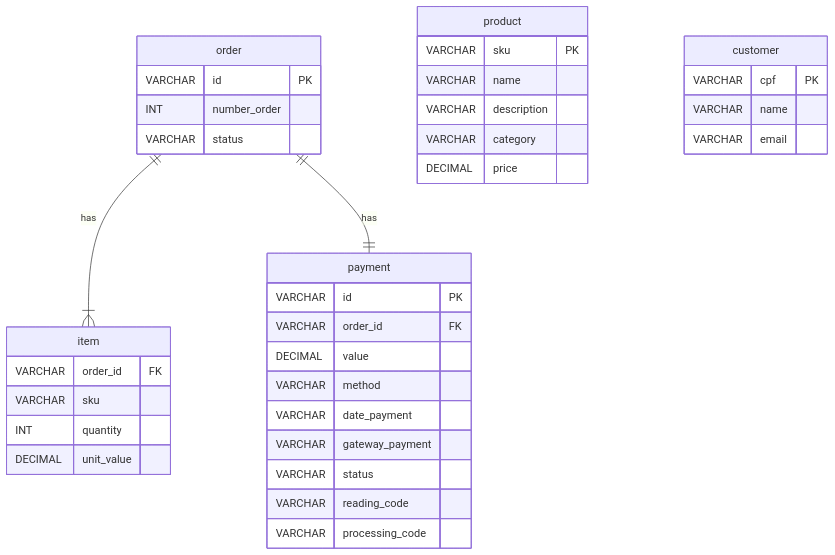
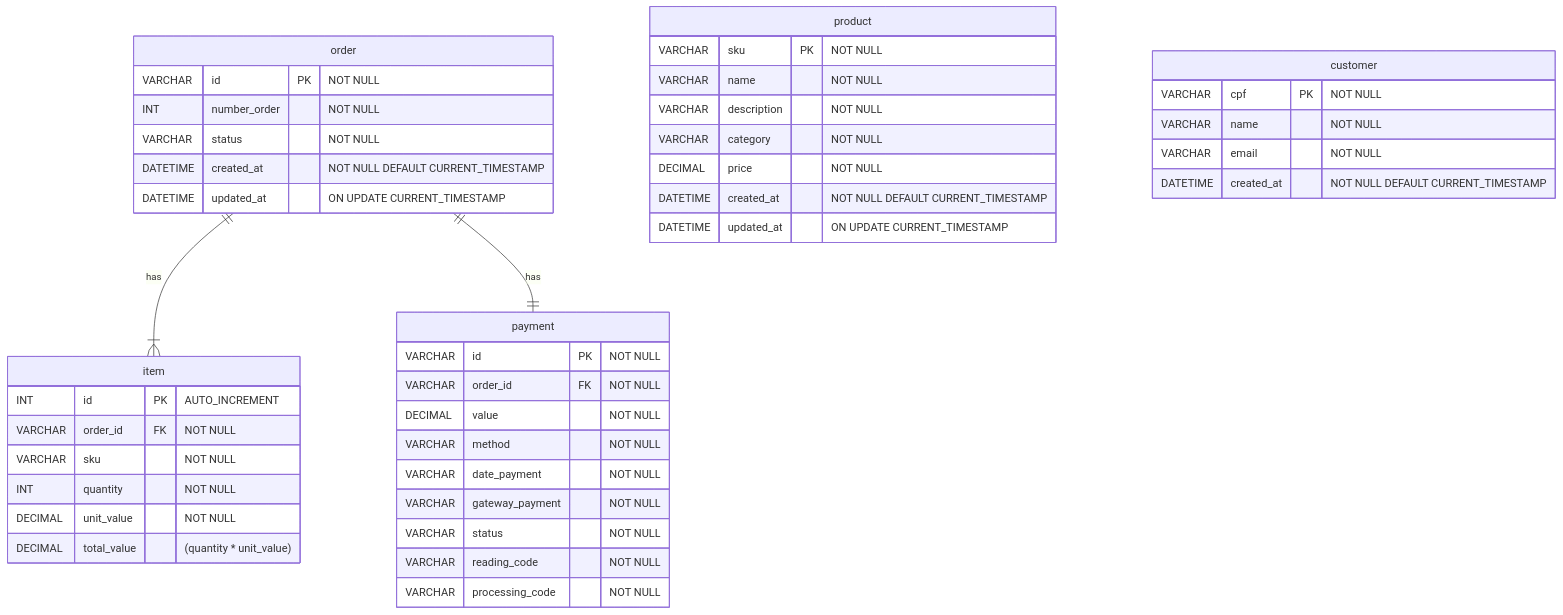
The diagram in MER.md (pedidos-techallenge/database-terraform), drawn with Mermaid before and after one commit. The commit also changed 1 other file, not shown here.

Commit message:
feat: :card_file_box: Improving database modeling. Adding some operational columns to tables

````diff
--- a/MER.md
+++ b/MER.md
@@ -23,45 +23,52 @@
 ```mermaid
 erDiagram
 
 order ||--|{ item : has
 order ||--|| payment : has
 
 order {
-    VARCHAR id PK 
-    INT number_order 
-    VARCHAR status 
+    VARCHAR id PK "NOT NULL"
+    INT number_order "NOT NULL"
+    VARCHAR status "NOT NULL"
+    DATETIME created_at "NOT NULL DEFAULT CURRENT_TIMESTAMP"
+    DATETIME updated_at "ON UPDATE CURRENT_TIMESTAMP"
 }
 
 item {
-    VARCHAR order_id FK
-    VARCHAR sku
-    INT quantity
-    DECIMAL unit_value
+    INT id PK "AUTO_INCREMENT"
+    VARCHAR order_id FK "NOT NULL"
+    VARCHAR sku "NOT NULL"
+    INT quantity "NOT NULL"
+    DECIMAL unit_value "NOT NULL"
+    DECIMAL total_value "(quantity * unit_value)"
 }
 
 payment {
-    VARCHAR id PK
-    VARCHAR order_id FK
-    DECIMAL value
-    VARCHAR method
-    VARCHAR date_payment
-    VARCHAR gateway_payment
-    VARCHAR status
-    VARCHAR reading_code
-    VARCHAR processing_code
+    VARCHAR id PK "NOT NULL"
+    VARCHAR order_id FK "NOT NULL"
+    DECIMAL value "NOT NULL"
+    VARCHAR method "NOT NULL"
+    VARCHAR date_payment "NOT NULL"
+    VARCHAR gateway_payment "NOT NULL"
+    VARCHAR status "NOT NULL"
+    VARCHAR reading_code "NOT NULL"
+    VARCHAR processing_code "NOT NULL"
 }
 
 product {
-    VARCHAR sku PK
-    VARCHAR name
-    VARCHAR description
-    VARCHAR category
-    DECIMAL price
+    VARCHAR sku PK "NOT NULL"
+    VARCHAR name "NOT NULL"
+    VARCHAR description "NOT NULL"
+    VARCHAR category "NOT NULL"
+    DECIMAL price "NOT NULL"
+    DATETIME created_at "NOT NULL DEFAULT CURRENT_TIMESTAMP"
+    DATETIME updated_at "ON UPDATE CURRENT_TIMESTAMP"
 }
 
 customer {
-    VARCHAR cpf PK
-    VARCHAR name
-    VARCHAR email
+    VARCHAR cpf PK "NOT NULL"
+    VARCHAR name "NOT NULL"
+    VARCHAR email "NOT NULL"
+    DATETIME created_at "NOT NULL DEFAULT CURRENT_TIMESTAMP"
 }
 ```
````
